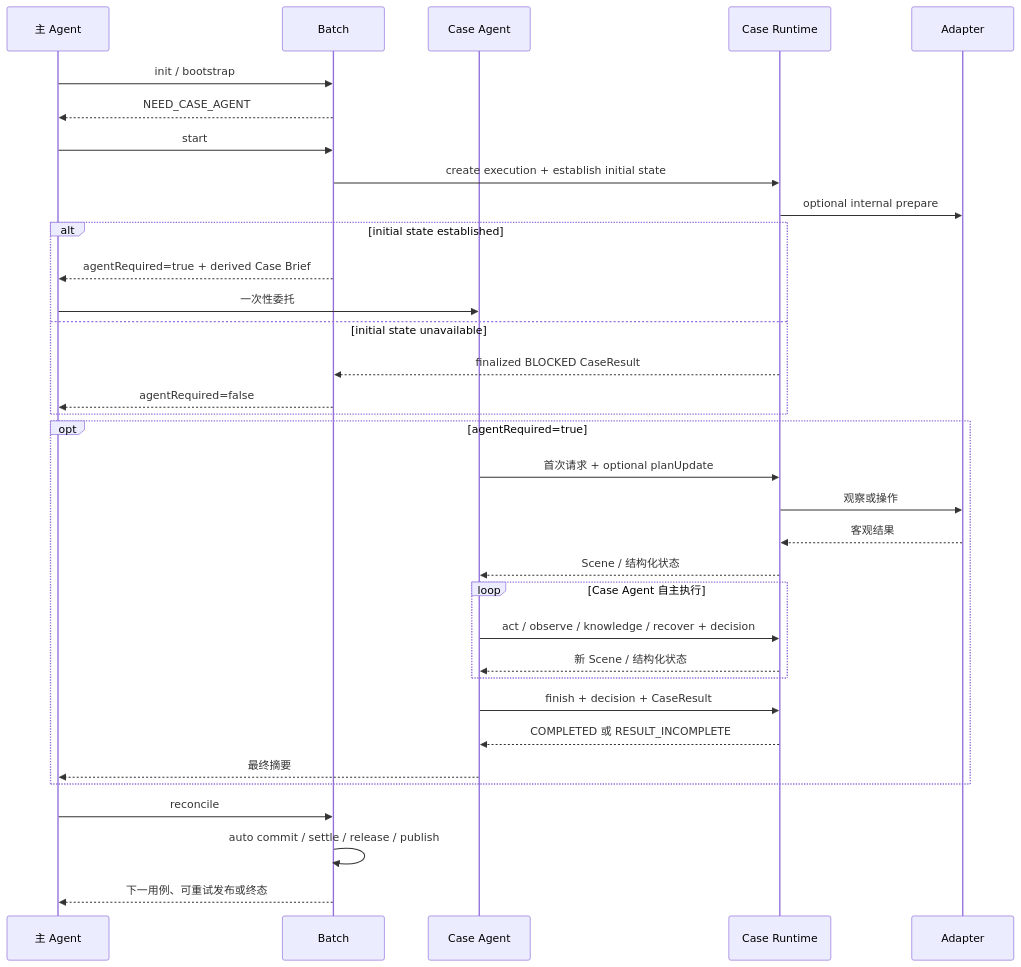
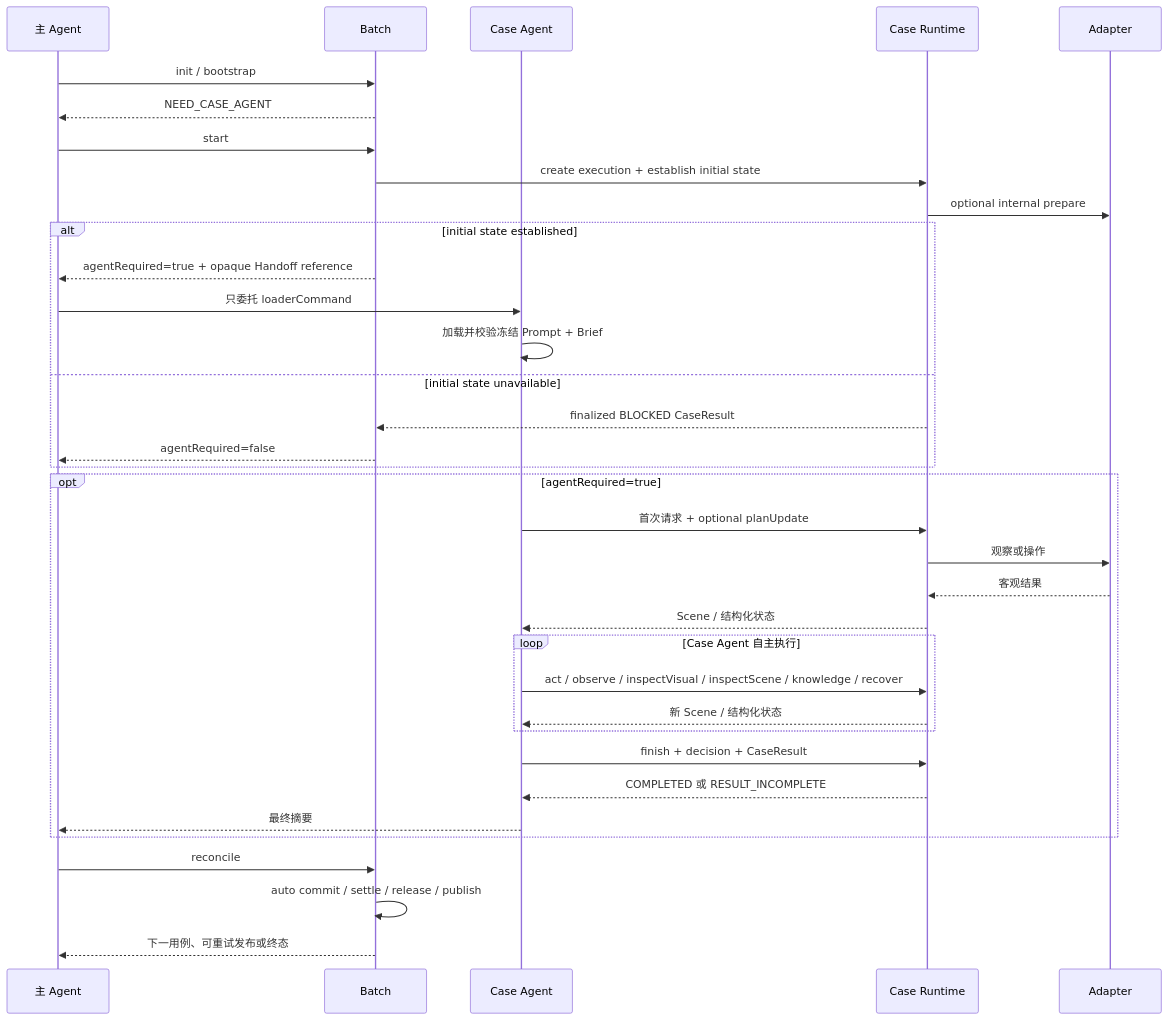
The second of 2 diagrams in skills/mobile-ai-visual-test/docs/architecture.md (lianghuihui-plus/DevKit), drawn with Mermaid before and after one commit. The commit also changed other lines of this file and 91 other files, not shown here.

Commit message:
refactor(mavt): harden execution architecture

````diff
--- a/skills/mobile-ai-visual-test/docs/architecture.md
+++ b/skills/mobile-ai-visual-test/docs/architecture.md
@@ -74,37 +76,38 @@
 ```mermaid
 sequenceDiagram
   participant M as 主 Agent
   participant B as Batch
   participant A as Case Agent
   participant R as Case Runtime
   participant D as Adapter
 
   M->>B: init / bootstrap
   B-->>M: NEED_CASE_AGENT
   M->>B: start
   B->>R: create execution + establish initial state
   R->>D: optional internal prepare
   alt initial state established
-    B-->>M: agentRequired=true + derived Case Brief
-    M->>A: 一次性委托
+    B-->>M: agentRequired=true + opaque Handoff reference
+    M->>A: 只委托 loaderCommand
+    A->>A: 加载并校验冻结 Prompt + Brief
   else initial state unavailable
     R-->>B: finalized BLOCKED CaseResult
     B-->>M: agentRequired=false
   end
   opt agentRequired=true
     A->>R: 首次请求 + optional planUpdate
     R->>D: 观察或操作
     D-->>R: 客观结果
     R-->>A: Scene / 结构化状态
     loop Case Agent 自主执行
-      A->>R: act / observe / knowledge / recover + decision
+      A->>R: act / observe / inspectVisual / inspectScene / knowledge / recover
       R-->>A: 新 Scene / 结构化状态
     end
     A->>R: finish + decision + CaseResult
     R-->>A: COMPLETED 或 RESULT_INCOMPLETE
     A-->>M: 最终摘要
   end
   M->>B: reconcile
   B->>B: auto commit / settle / release / publish
   B-->>M: 下一用例、可重试发布或终态
 ```
````
